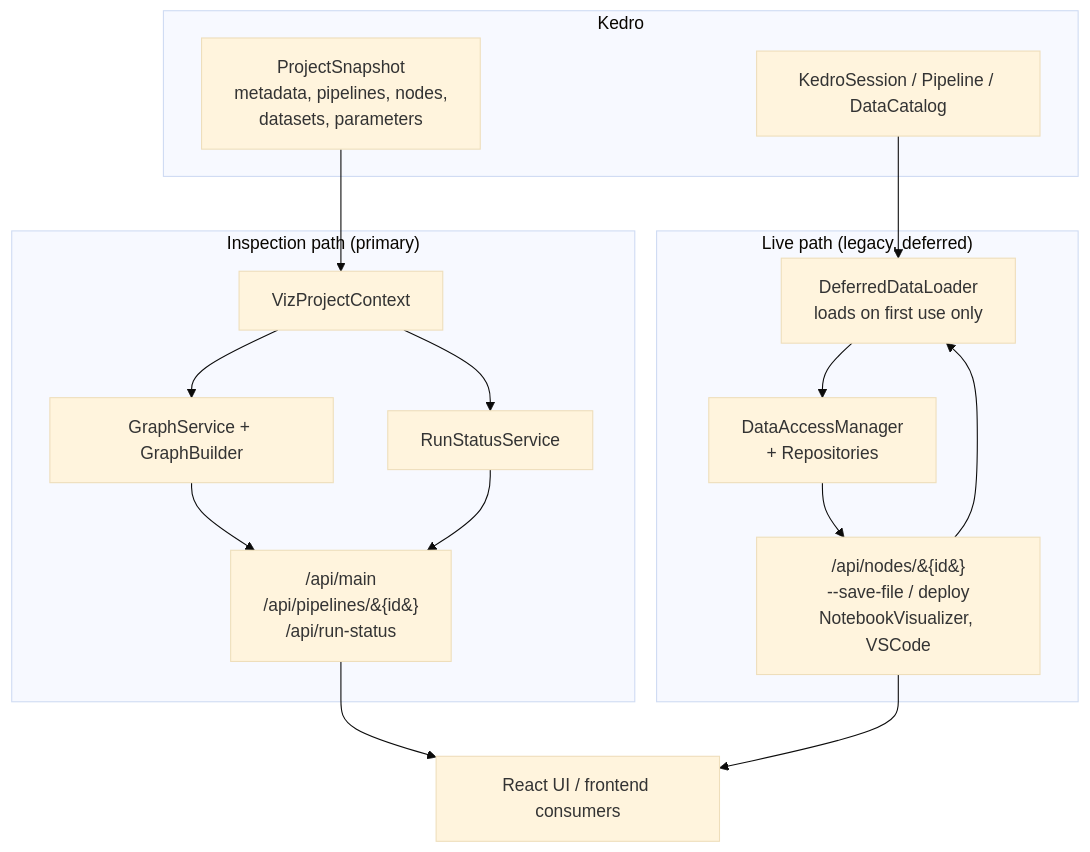
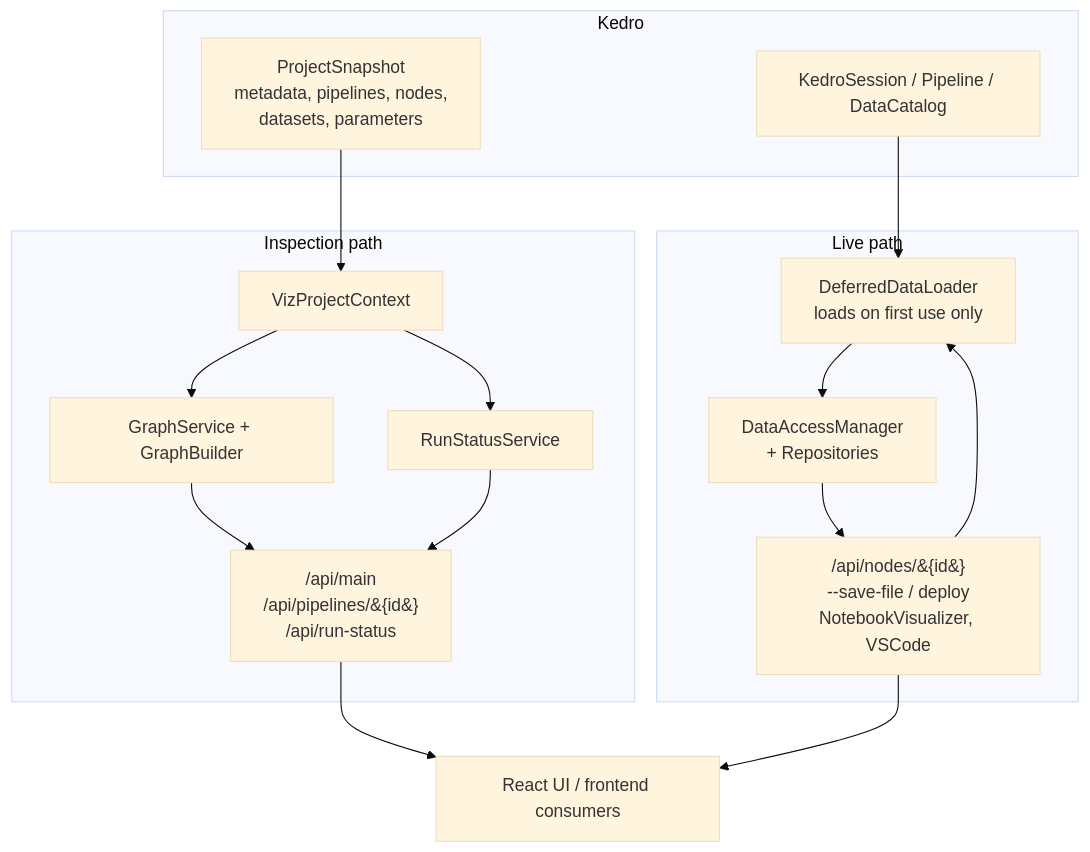
The diagram in ARCHITECTURE.md (kedro-org/kedro-viz), drawn with Mermaid (base theme) before and after one commit. The commit also changed other lines of this file and 2 other files, not shown here.

Commit message:
architecture doc draft

````diff
--- a/ARCHITECTURE.md
+++ b/ARCHITECTURE.md
@@ -173,35 +166,35 @@
 ```mermaid
 flowchart TB
     subgraph Kedro["Kedro"]
         Snapshot["ProjectSnapshot<br/>metadata, pipelines, nodes,<br/>datasets, parameters"]
         Session["KedroSession / Pipeline / DataCatalog"]
     end
 
-    subgraph Inspection["Inspection path (primary)"]
+    subgraph Inspection["Inspection path"]
         Context["VizProjectContext"]
         GraphSvc["GraphService + GraphBuilder"]
         RunSvc["RunStatusService"]
         NewAPI["/api/main<br/>/api/pipelines/&#123;id&#125;<br/>/api/run-status"]
     end
 
-    subgraph Live["Live path (legacy, deferred)"]
+    subgraph Live["Live path"]
         Deferred["DeferredDataLoader<br/>loads on first use only"]
         Manager["DataAccessManager<br/>+ Repositories"]
-        LegacyConsumers["/api/nodes/&#123;id&#125;<br/>--save-file / deploy<br/>NotebookVisualizer, VSCode"]
+        LiveConsumers["/api/nodes/&#123;id&#125;<br/>--save-file / deploy<br/>NotebookVisualizer, VSCode"]
     end
 
     UI["React UI / frontend consumers"]
 
     Snapshot --> Context
     Context --> GraphSvc
     Context --> RunSvc
     GraphSvc --> NewAPI
     RunSvc --> NewAPI
     NewAPI --> UI
 
     Session --> Deferred
-    LegacyConsumers --> Deferred
+    LiveConsumers --> Deferred
     Deferred --> Manager
-    Manager --> LegacyConsumers
-    LegacyConsumers --> UI
+    Manager --> LiveConsumers
+    LiveConsumers --> UI
 ```
````
